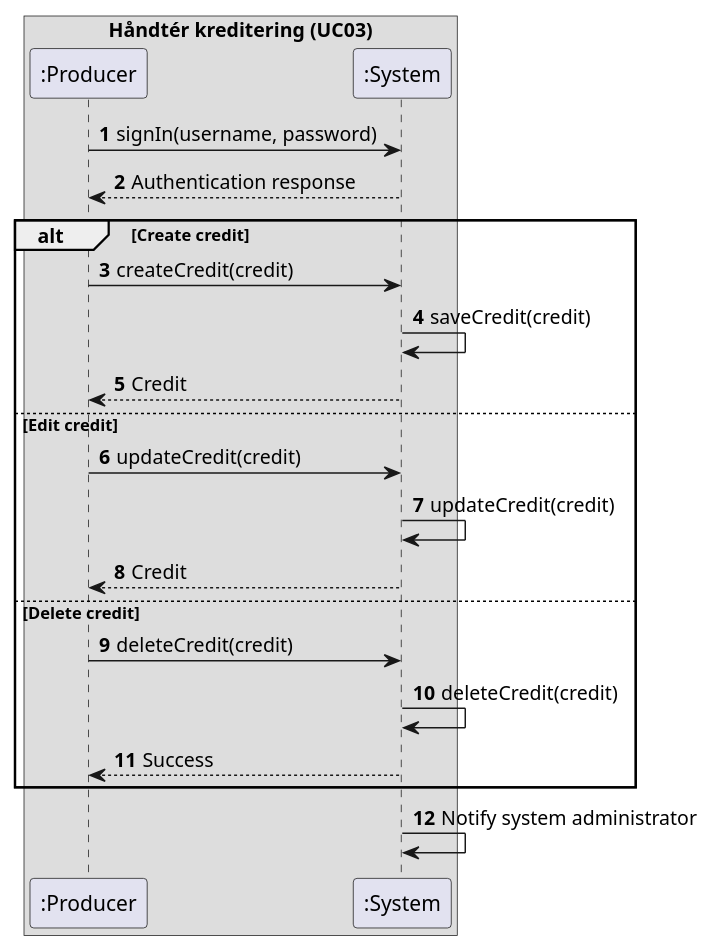
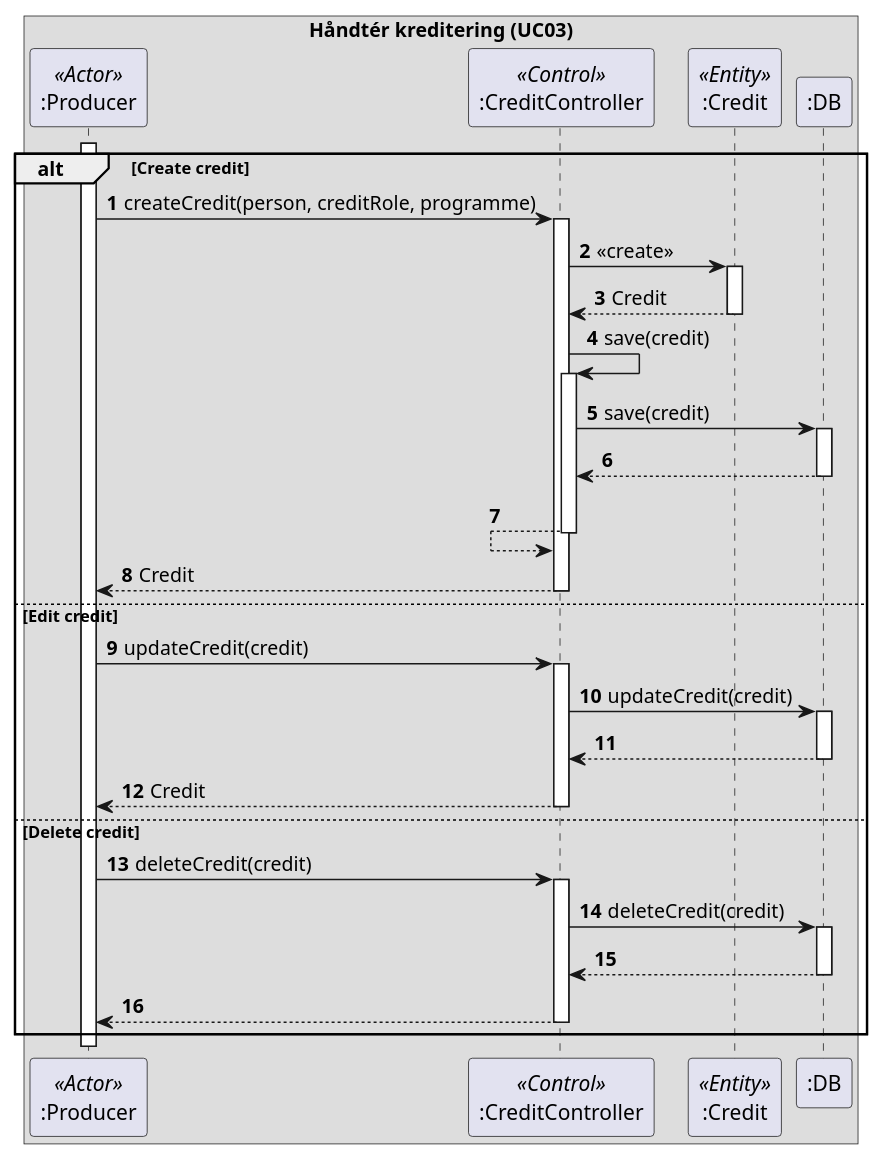
One commit to amatzen/SE02-SE-G02-SPRO changed the diagram in uml/sequence_diagrams/system/UC03_manage_credits.puml. Above: the diagram before and after it, drawn with PlantUML. The commit also changed 10 other files, not shown here.

```diff
--- a/uml/sequence_diagrams/system/UC03_manage_credits.puml
+++ b/uml/sequence_diagrams/system/UC03_manage_credits.puml
@@ -1,30 +1,61 @@
 @startuml
 'https://plantuml.com/sequence-diagram
 
 autonumber
 
 box "Håndtér kreditering (UC03)"
-    participant ":Producer" as producer
-    participant ":System" as system
+    participant ":Producer" as producer <<Actor>>
+    participant ":CreditController" as creditController <<Control>>
+    participant ":Credit" as credit <<Entity>>
+    participant ":DB" as db
 end box
 
-producer -> system : signIn(username, password)
-producer <-- system : Authentication response
+activate producer
 
 alt Create credit
-    producer -> system : createCredit(credit)
-    system -> system : saveCredit(credit)
-    producer <-- system : Credit
+    producer -> creditController : createCredit(person, creditRole, programme)
+    activate creditController
+
+    creditController -> credit : <<create>>
+    activate credit
+    creditController <-- credit : Credit
+    deactivate credit
+
+    creditController -> creditController : save(credit)
+    activate creditController
+
+    creditController -> db : save(credit)
+    activate db
+    creditController <-- db
+    deactivate db
+
+    creditController <-- creditController
+    deactivate creditController
+
+    producer <-- creditController : Credit
+    deactivate creditController
 else Edit credit
-    producer -> system : updateCredit(credit)
-    system -> system : updateCredit(credit)
-    producer <-- system : Credit
+
+    producer -> creditController : updateCredit(credit)
+    activate creditController
+    creditController -> db : updateCredit(credit)
+    activate db
+    creditController <-- db
+    deactivate db
+    producer <-- creditController : Credit
+    deactivate creditController
+
 else Delete credit
-    producer -> system : deleteCredit(credit)
-    system -> system : deleteCredit(credit)
-    producer <-- system : Success
+    producer -> creditController : deleteCredit(credit)
+    activate creditController
+
+    creditController -> db : deleteCredit(credit)
+    activate db
+    creditController <-- db
+    deactivate db
+
+    producer <-- creditController
+    deactivate creditController
 end
 
-system -> system : Notify system administrator
-
 @enduml
```
